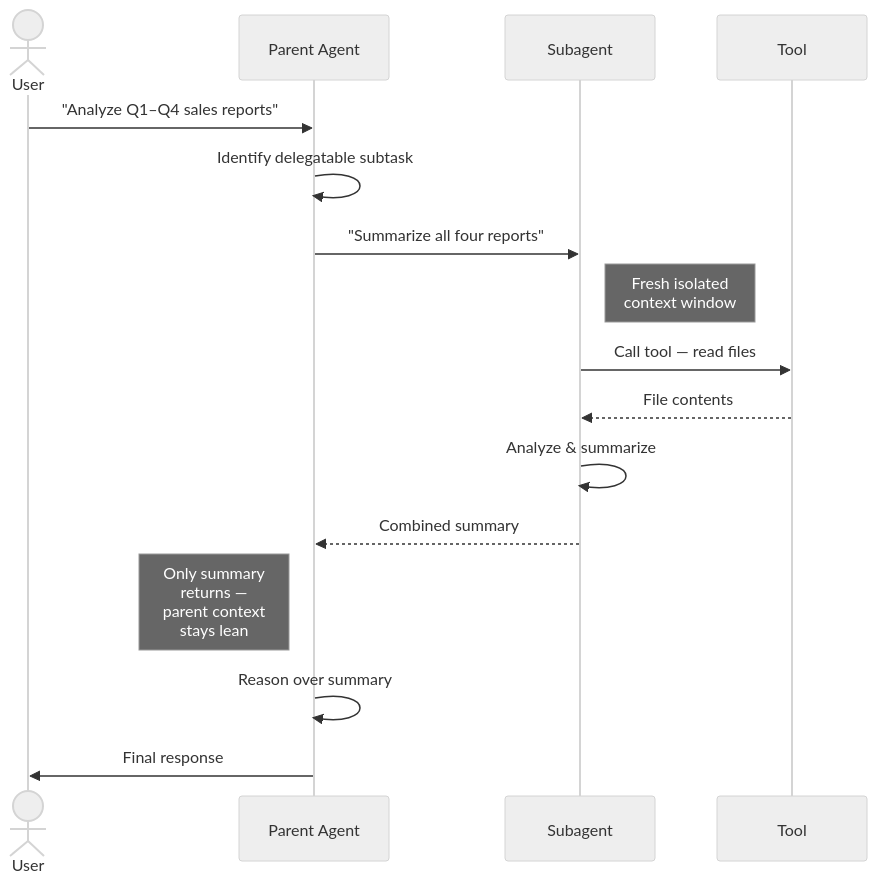
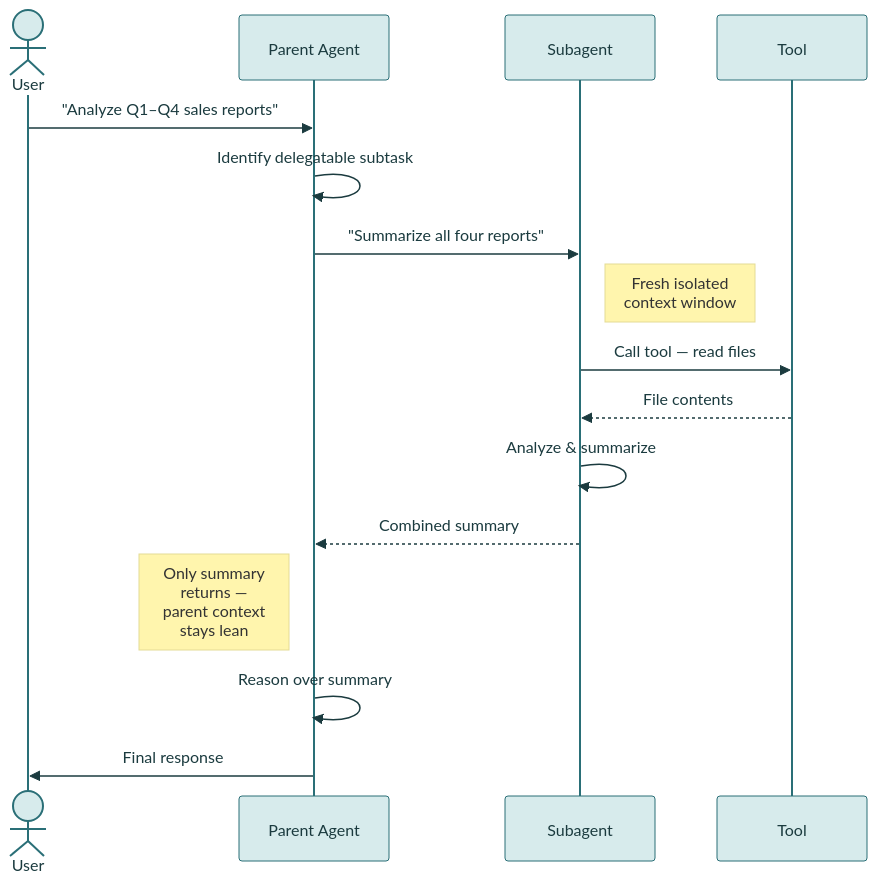
The sixth of 6 diagrams in tools.qmd (mjfrigaard/shiny-app-pkgs), drawn with Mermaid before and after one commit. The commit also changed other lines of this file and 22 other files, not shown here.

First line of the commit message:
Standardize mermaid diagrams on the site teal palette

````diff
--- a/tools.qmd
+++ b/tools.qmd
@@ -406,26 +404,26 @@
 ```{mermaid}
 %%| fig-cap: 'Skills'
 %%| fig-align: center
-%%{init: {'theme': 'neutral', 'themeVariables': { 'fontFamily': 'monospace', "fontSize":"14px"}}}%%
+%%{init: {'theme': 'base', 'themeVariables': { 'fontFamily': 'monospace', "fontSize":"14px", "primaryColor":"#D7EBEC", "primaryTextColor":"#1B3B3F", "primaryBorderColor":"#2A6F77", "lineColor":"#5A7F83", "edgeLabelBackground":"#FFFFFF", "clusterBkg":"#F3F8F8", "clusterBorder":"#2A6F77", "darkMode":false}}}%%
 
 sequenceDiagram
     actor Usr as User
     participant PAgent as Parent Agent
     participant SAgent as Subagent
     participant Tool as Tool
 
     Usr->>PAgent: "Analyze Q1–Q4 sales reports"
     PAgent->>PAgent: Identify delegatable subtask
 
     PAgent->>SAgent: "Summarize all four reports"
     Note right of SAgent: Fresh isolated<br/>context window
     SAgent->>Tool: Call tool — read files
     Tool-->>SAgent: File contents
     SAgent->>SAgent: Analyze & summarize
     SAgent-->>PAgent: Combined summary
     Note left of PAgent: Only summary<br/>returns —<br/>parent context<br/>stays lean
 
     PAgent->>PAgent: Reason over summary
     PAgent->>Usr: Final response
     
 ```
````
